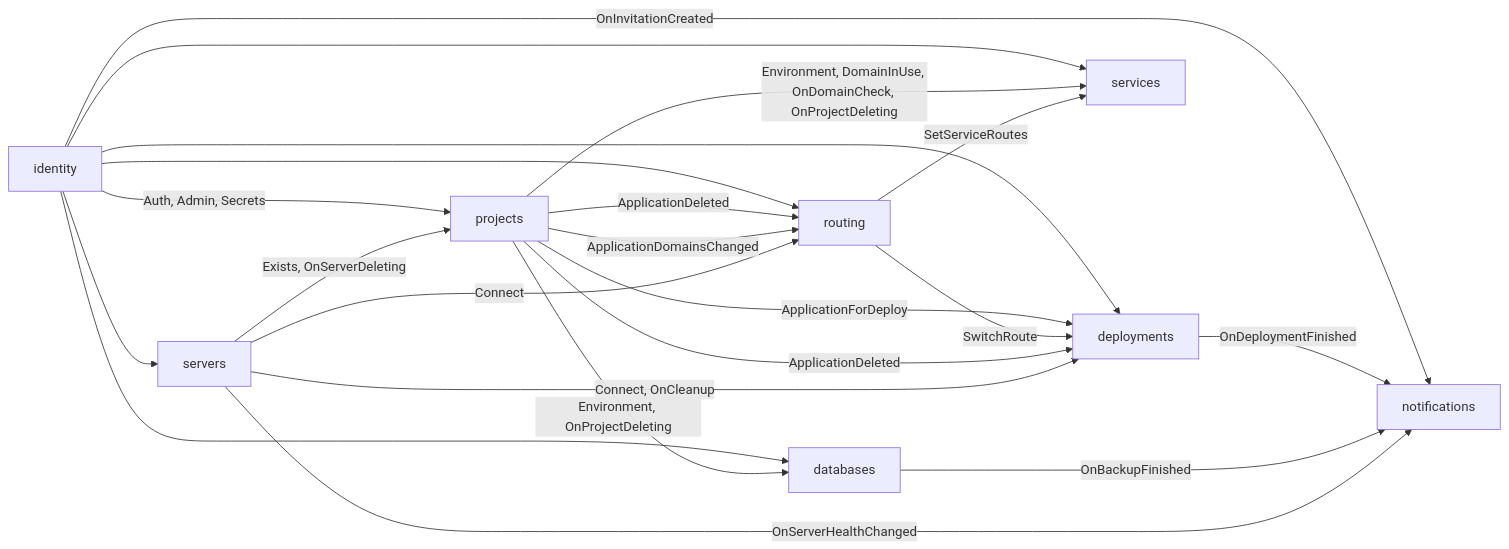
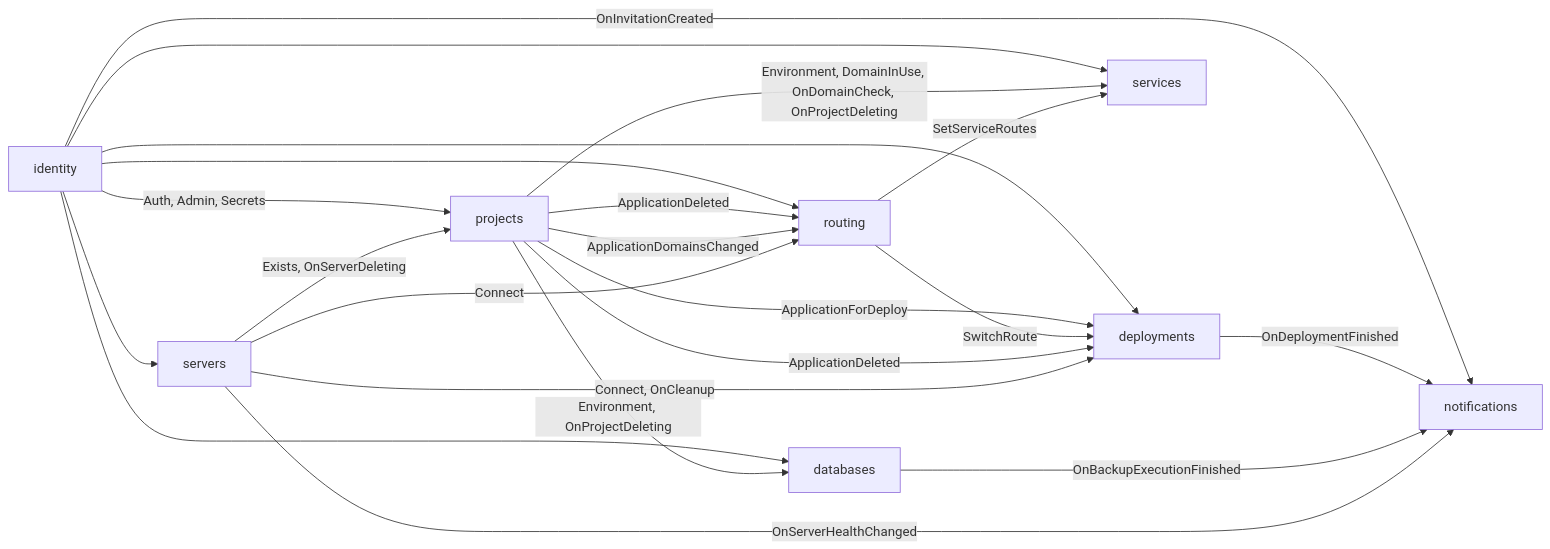
One commit to jevido/bakery changed the diagram in docs/domain/context-map.md. Above: the diagram before and after it, drawn with Mermaid. The commit also changed other lines of this file and 41 other files, not shown here.

````diff
--- a/docs/domain/context-map.md
+++ b/docs/domain/context-map.md
@@ -66,24 +66,24 @@
 ```mermaid
 flowchart LR
   identity -->|Auth, Admin, Secrets| projects
   identity --> deployments
   identity --> routing
   projects -->|ApplicationForDeploy| deployments
   routing -->|SwitchRoute| deployments
   projects -->|ApplicationDeleted| routing
   projects -->|ApplicationDeleted| deployments
   projects -->|ApplicationDomainsChanged| routing
   identity --> databases
   projects -->|Environment, OnProjectDeleting| databases
   identity --> services
   projects -->|Environment, DomainInUse, OnDomainCheck, OnProjectDeleting| services
   routing -->|SetServiceRoutes| services
   identity --> servers
   servers -->|Connect, OnCleanup| deployments
   servers -->|Connect| routing
   servers -->|Exists, OnServerDeleting| projects
   identity -->|OnInvitationCreated| notifications
   deployments -->|OnDeploymentFinished| notifications
-  databases -->|OnBackupFinished| notifications
+  databases -->|OnBackupExecutionFinished| notifications
   servers -->|OnServerHealthChanged| notifications
 ```
````
